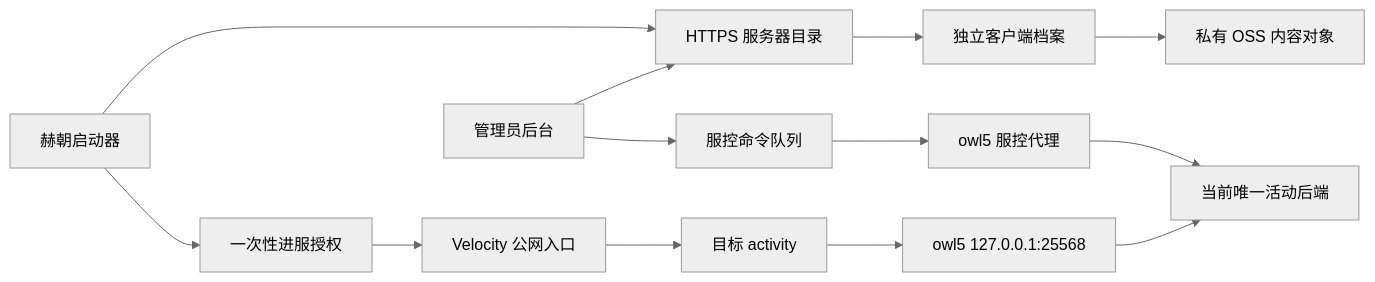
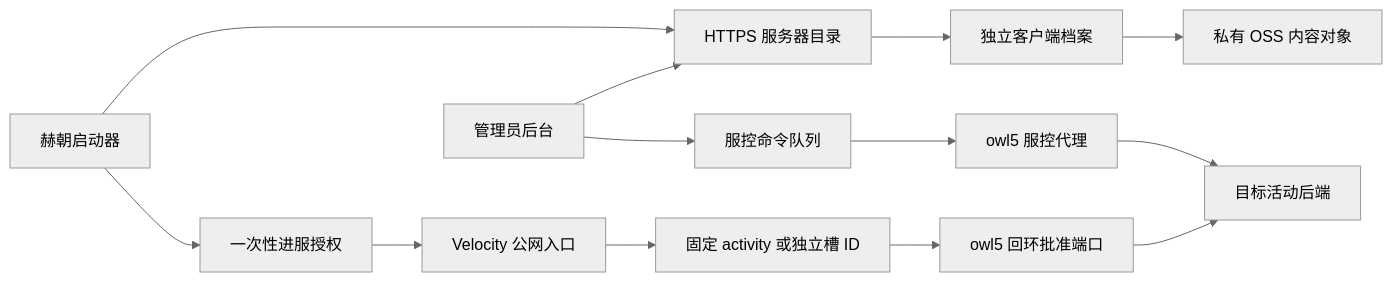
The diagram in docs/ACTIVITY_CHANNEL_DEVELOPMENT_STANDARD.md (51Channel/hechao-launcher), drawn with Mermaid (neutral theme) before and after one commit. The commit also changed other lines of this file and 52 other files, not shown here.

````diff
--- a/docs/ACTIVITY_CHANNEL_DEVELOPMENT_STANDARD.md
+++ b/docs/ACTIVITY_CHANNEL_DEVELOPMENT_STANDARD.md
@@ -60,15 +61,15 @@
 ```mermaid
 flowchart LR
     L["赫朝启动器"] --> C["HTTPS 服务器目录"]
     C --> P["独立客户端档案"]
     P --> O["私有 OSS 内容对象"]
     L --> G["一次性进服授权"]
     G --> V["Velocity 公网入口"]
-    V --> A["目标 activity"]
-    A --> S["owl5 127.0.0.1:25568"]
-    S --> B["当前唯一活动后端"]
+    V --> A["固定 activity 或独立槽 ID"]
+    A --> S["owl5 回环批准端口"]
+    S --> B["目标活动后端"]
     W["管理员后台"] --> C
     W --> R["服控命令队列"]
     R --> X["owl5 服控代理"]
     X --> B
 ```
````
